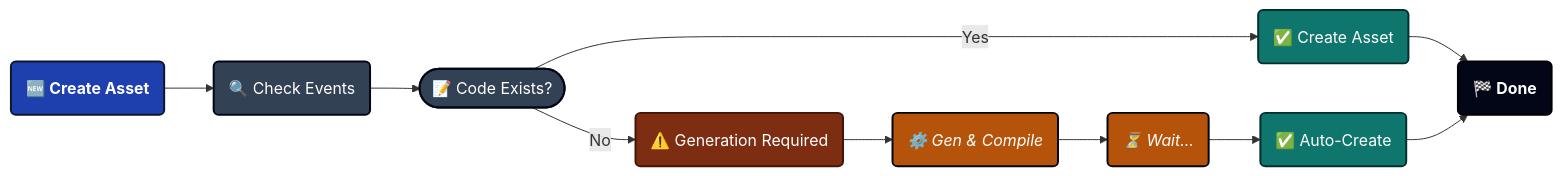
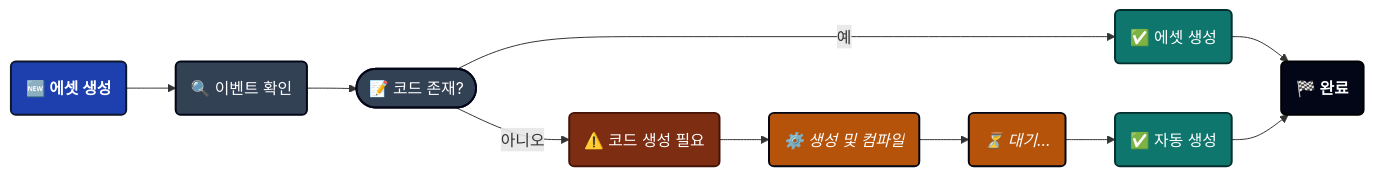
Before and after one commit to tinygiants-tech/TinyGiants: the first of 4 diagrams in i18n/ko/docusaurus-plugin-content-docs/current/game-event-system/visual-workflow/game-event-creator.md, drawn with Mermaid. The commit also changed other lines of this file and 81 other files, not shown here.

````diff
--- a/i18n/ko/docusaurus-plugin-content-docs/current/game-event-system/visual-workflow/game-event-creator.md
+++ b/i18n/ko/docusaurus-plugin-content-docs/current/game-event-system/visual-workflow/game-event-creator.md
@@ -259,22 +259,22 @@
 ```mermaid
 graph LR
     classDef start fill:#1e40af,stroke:#0f172a,stroke-width:2px,color:#ffffff,font-weight:bold
     classDef decision fill:#334155,stroke:#020617,stroke-width:2px,color:#ffffff
     classDef success fill:#0f766e,stroke:#042f2e,stroke-width:2px,color:#ffffff
     classDef warning fill:#7c2d12,stroke:#431407,stroke-width:2px,color:#ffffff
     classDef wait fill:#b45309,stroke:#020617,stroke-width:2px,color:#ffffff,font-style:italic
     classDef endNode fill:#020617,stroke:#000000,stroke-width:2px,color:#ffffff,font-weight:bold
 
-    A(🆕 Create Asset):::start --> B(🔍 Check Events):::decision
-    B --> C([📝 Code Exists?]):::decision
+    A(🆕 에셋 생성):::start --> B(🔍 이벤트 확인):::decision
+    B --> C([📝 코드 존재?]):::decision
     
-    C -- Yes --> D(✅ Create Asset):::success
-    C -- No --> E(⚠️ Generation Required):::warning
+    C -- 예 --> D(✅ 에셋 생성):::success
+    C -- 아니오 --> E(⚠️ 코드 생성 필요):::warning
     
-    E --> F(⚙️ Gen & Compile):::wait
-    F --> G(⏳ Wait...):::wait
-    G --> H(✅ Auto-Create):::success
+    E --> F(⚙️ 생성 및 컴파일):::wait
+    F --> G(⏳ 대기...):::wait
+    G --> H(✅ 자동 생성):::success
     
-    D --> I(🏁 Done):::endNode
+    D --> I(🏁 완료):::endNode
     H --> I
 ```
````
